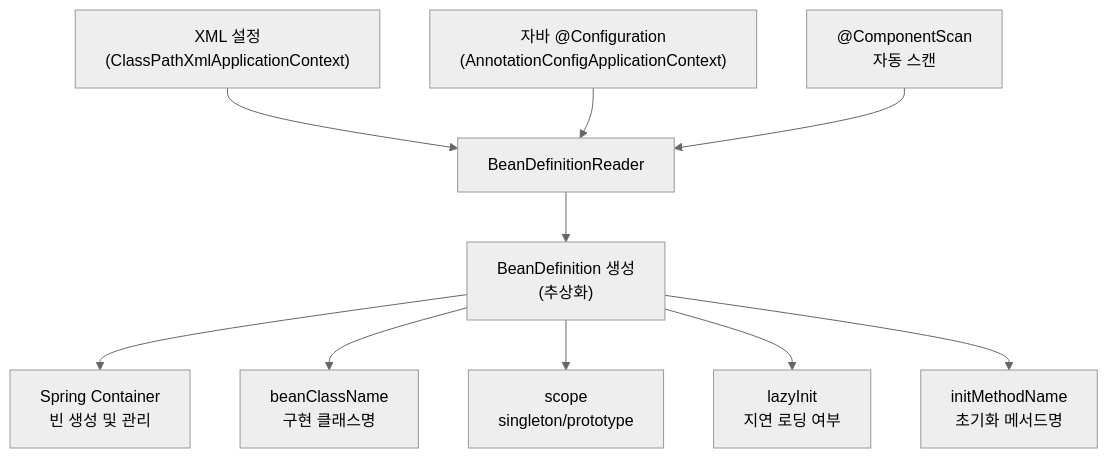
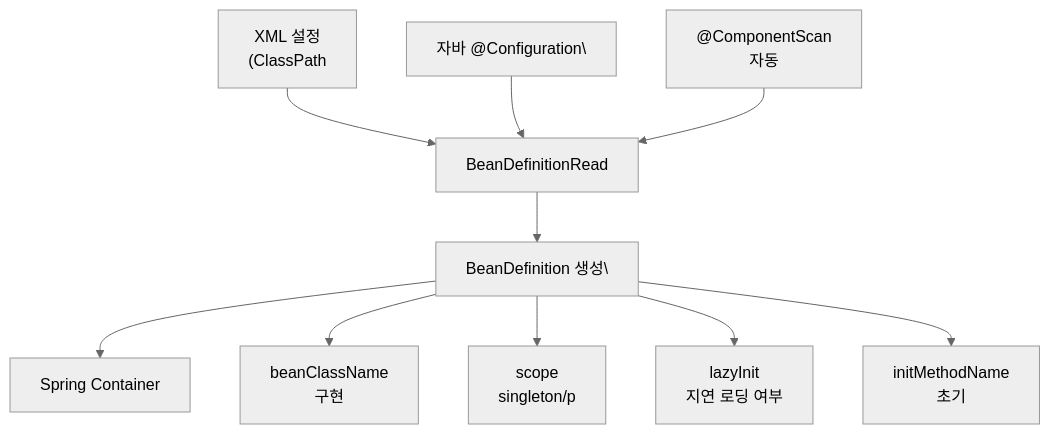
One commit to yjkim2015/yjkim2015.github.io changed the tenth of 13 diagrams in _posts/spring/2026-05-02-spring-core-basic.md. Above: the diagram before and after it, drawn with Mermaid (neutral theme). The commit also changed other lines of this file and 271 other files, not shown here.

First line of the commit message:
Mermaid 라벨 축소: 긴 노드 텍스트 18자 이하로 트림 + \n 제거

````diff
--- a/_posts/spring/2026-05-02-spring-core-basic.md
+++ b/_posts/spring/2026-05-02-spring-core-basic.md
@@ -619,12 +619,12 @@
 ```mermaid
 graph TD
-    A["XML 설정\n(ClassPathXmlApplicationContext)"] --> C["BeanDefinitionReader"]
-    B["자바 @Configuration\n(AnnotationConfigApplicationContext)"] --> C
-    D["@ComponentScan\n자동 스캔"] --> C
-    C --> E["BeanDefinition 생성\n(추상화)"]
-    E --> F["Spring Container\n빈 생성 및 관리"]
-    E --> G["beanClassName\n구현 클래스명"]
-    E --> H["scope\nsingleton/prototype"]
+    A["XML 설정\n(ClassPath"] --> C["BeanDefinitionRead"]
+    B["자바 @Configuration\"] --> C
+    D["@ComponentScan\n자동"] --> C
+    C --> E["BeanDefinition 생성\"]
+    E --> F["Spring Container\n"]
+    E --> G["beanClassName\n구현"]
+    E --> H["scope\nsingleton/p"]
     E --> I["lazyInit\n지연 로딩 여부"]
-    E --> J["initMethodName\n초기화 메서드명"]
+    E --> J["initMethodName\n초기"]
 ```
````
